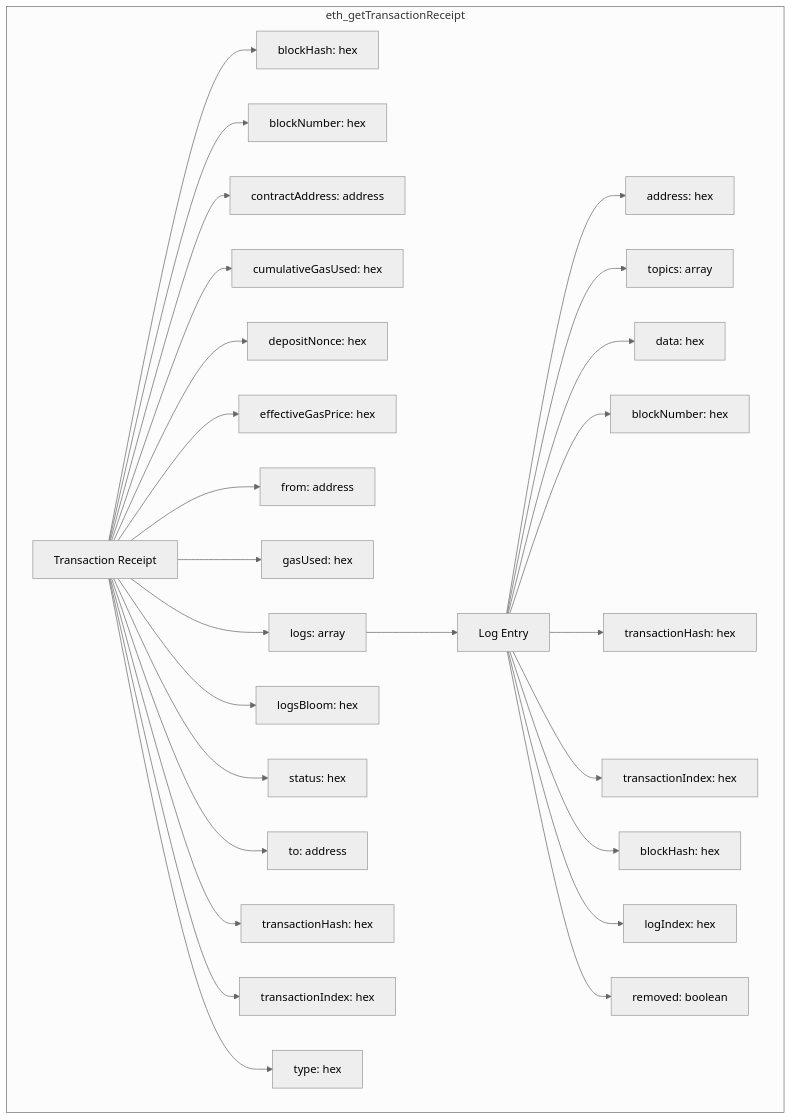
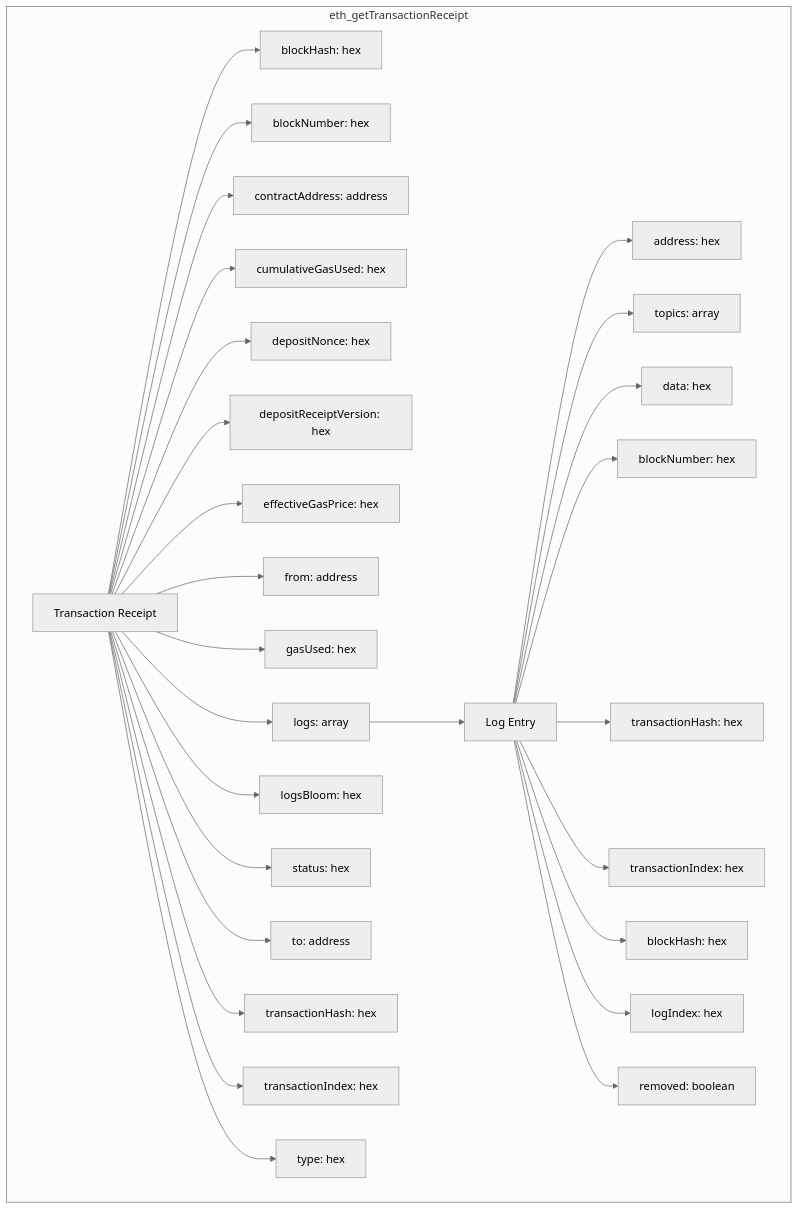
One commit to mportdata/evm-data-model changed the diagram in models/layer_1_brz/eth_getTransactionReceipt.md. Above: the diagram before and after it, drawn with Mermaid (neutral theme). The commit also changed 1 other file, not shown here.

Commit message:
finalised bronze model fields

````diff
--- a/models/layer_1_brz/eth_getTransactionReceipt.md
+++ b/models/layer_1_brz/eth_getTransactionReceipt.md
@@ -1,31 +1,32 @@
 ```mermaid
 graph TD
     subgraph eth_getTransactionReceipt
         Receipt[Transaction Receipt] --> BlockHash[blockHash: hex]
         Receipt --> BlockNumber[blockNumber: hex]
         Receipt --> ContractAddress[contractAddress: address]
         Receipt --> CumulativeGasUsed[cumulativeGasUsed: hex]
         Receipt --> DepositNonce[depositNonce: hex]
+        Receipt --> DepositReceiptNonce[depositReceiptVersion: hex]
         Receipt --> EffectiveGasPrice[effectiveGasPrice: hex]
         Receipt --> From[from: address]
         Receipt --> GasUsed[gasUsed: hex]
         Receipt --> Logs[logs: array]
         Receipt --> LogsBloom[logsBloom: hex]
         Receipt --> Status[status: hex]
         Receipt --> To[to: address]
         Receipt --> TransactionHash[transactionHash: hex]
         Receipt --> TransactionIndex[transactionIndex: hex]
         Receipt --> Type[type: hex]
 
         Logs --> Log[Log Entry]
         Log --> LogAddress[address: hex]
         Log --> LogTopics[topics: array]
         Log --> LogData[data: hex]
         Log --> LogBlockNumber[blockNumber: hex]
         Log --> LogTransactionHash[transactionHash: hex]
         Log --> LogTransactionIndex[transactionIndex: hex]
         Log --> LogBlockHash[blockHash: hex]
         Log --> LogIndex[logIndex: hex]
         Log --> LogRemoved[removed: boolean]
     end
 ```
````
